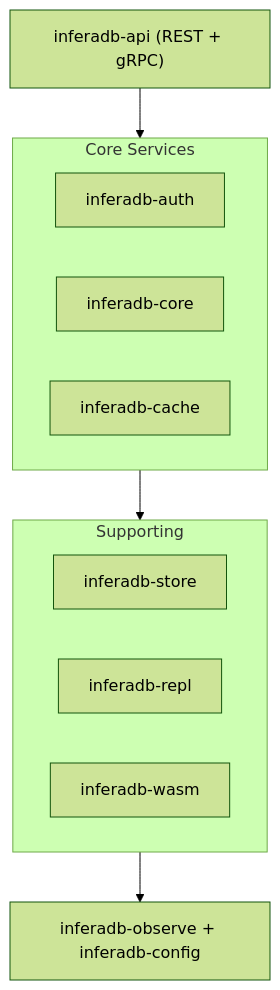
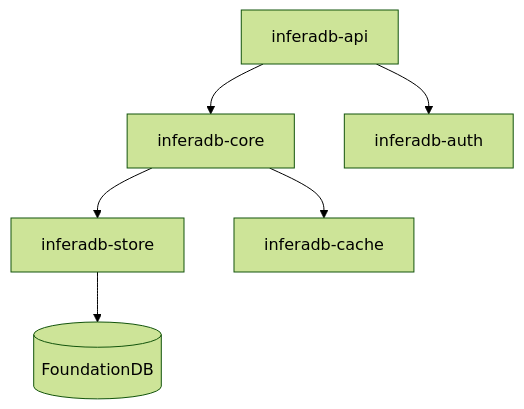
Before and after one commit to inferadb/engine: the diagram in README.md, drawn with Mermaid (forest theme). The commit also changed other lines of this file, not shown here.

````diff
--- a/README.md
+++ b/README.md
@@ -47,12 +48,8 @@
 ```mermaid
 graph TD
-    API["inferadb-api (REST + gRPC)"] --> Core
-    subgraph Core["Core Services"]
-        AUTH[inferadb-auth] & CORE[inferadb-core] & CACHE[inferadb-cache]
-    end
-    Core --> Services
-    subgraph Services["Supporting"]
-        STORE[inferadb-store] & REPL[inferadb-repl] & WASM[inferadb-wasm]
-    end
-    Services --> Foundation["inferadb-observe + inferadb-config"]
+    API[inferadb-api] --> Core[inferadb-core]
+    API --> Auth[inferadb-auth]
+    Core --> Store[inferadb-store]
+    Core --> Cache[inferadb-cache]
+    Store --> FDB[(FoundationDB)]
 ```
````
